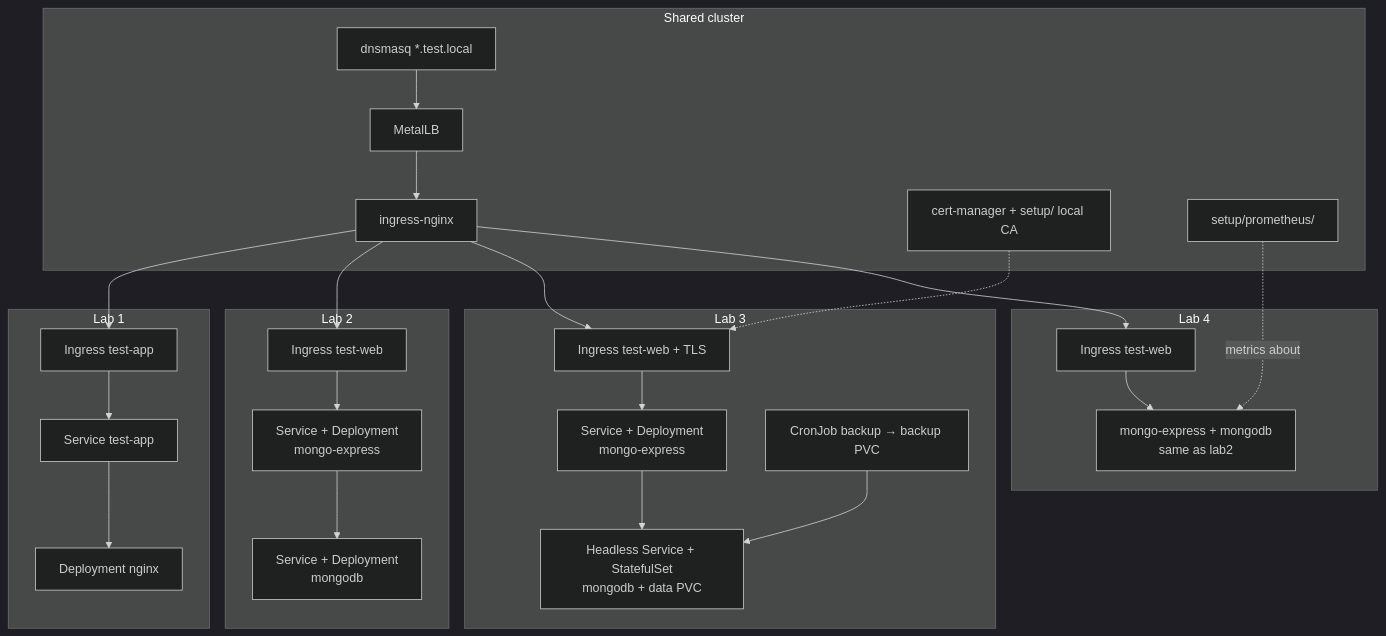
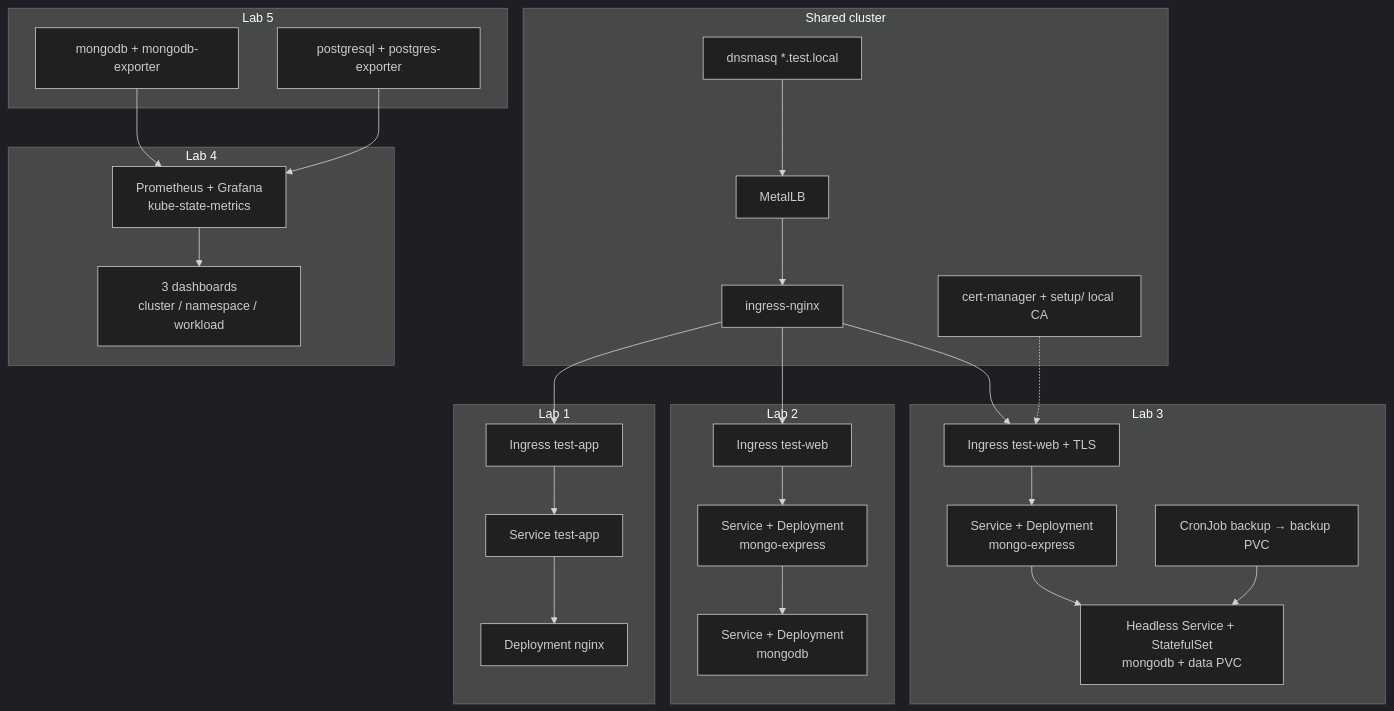
The diagram in README.md (youssefshibl/k8s-labs), drawn with Mermaid (dark theme) before and after one commit. The commit also changed other lines of this file and 18 other files, not shown here.

````diff
--- a/README.md
+++ b/README.md
@@ -14,47 +15,51 @@
 ```mermaid
 flowchart TB
   subgraph shared [Shared cluster]
     DNS["dnsmasq *.test.local"]
     LB["MetalLB"]
     IC["ingress-nginx"]
     CM["cert-manager + setup/ local CA"]
-    Prom["setup/prometheus/"]
   end
 
   subgraph lab1 [Lab 1]
     L1Ing["Ingress test-app"]
     L1Svc["Service test-app"]
     L1Dep["Deployment nginx"]
     L1Ing --> L1Svc --> L1Dep
   end
 
   subgraph lab2 [Lab 2]
     L2Ing["Ingress test-web"]
     L2Web["Service + Deployment<br/>mongo-express"]
     L2Db["Service + Deployment<br/>mongodb"]
     L2Ing --> L2Web --> L2Db
   end
 
   subgraph lab3 [Lab 3]
     L3Ing["Ingress test-web + TLS"]
     L3Web["Service + Deployment<br/>mongo-express"]
     L3Db["Headless Service + StatefulSet<br/>mongodb + data PVC"]
     L3Cron["CronJob backup → backup PVC"]
     L3Ing --> L3Web --> L3Db
     L3Cron --> L3Db
   end
 
   subgraph lab4 [Lab 4]
-    L4Ing["Ingress test-web"]
-    L4Web["mongo-express + mongodb<br/>same as lab2"]
-    L4Ing --> L4Web
+    Prom["Prometheus + Grafana<br/>kube-state-metrics"]
+    Boards["3 dashboards<br/>cluster / namespace / workload"]
+    Prom --> Boards
+  end
+
+  subgraph lab5 [Lab 5]
+    L5Mongo["mongodb + mongodb-exporter"]
+    L5PG["postgresql + postgres-exporter"]
+    L5Mongo --> Prom
+    L5PG --> Prom
   end
 
   DNS --> LB --> IC
   IC --> L1Ing
   IC --> L2Ing
   IC --> L3Ing
-  IC --> L4Ing
   CM -.-> L3Ing
-  Prom -.->|metrics about| L4Web
 ```
````
